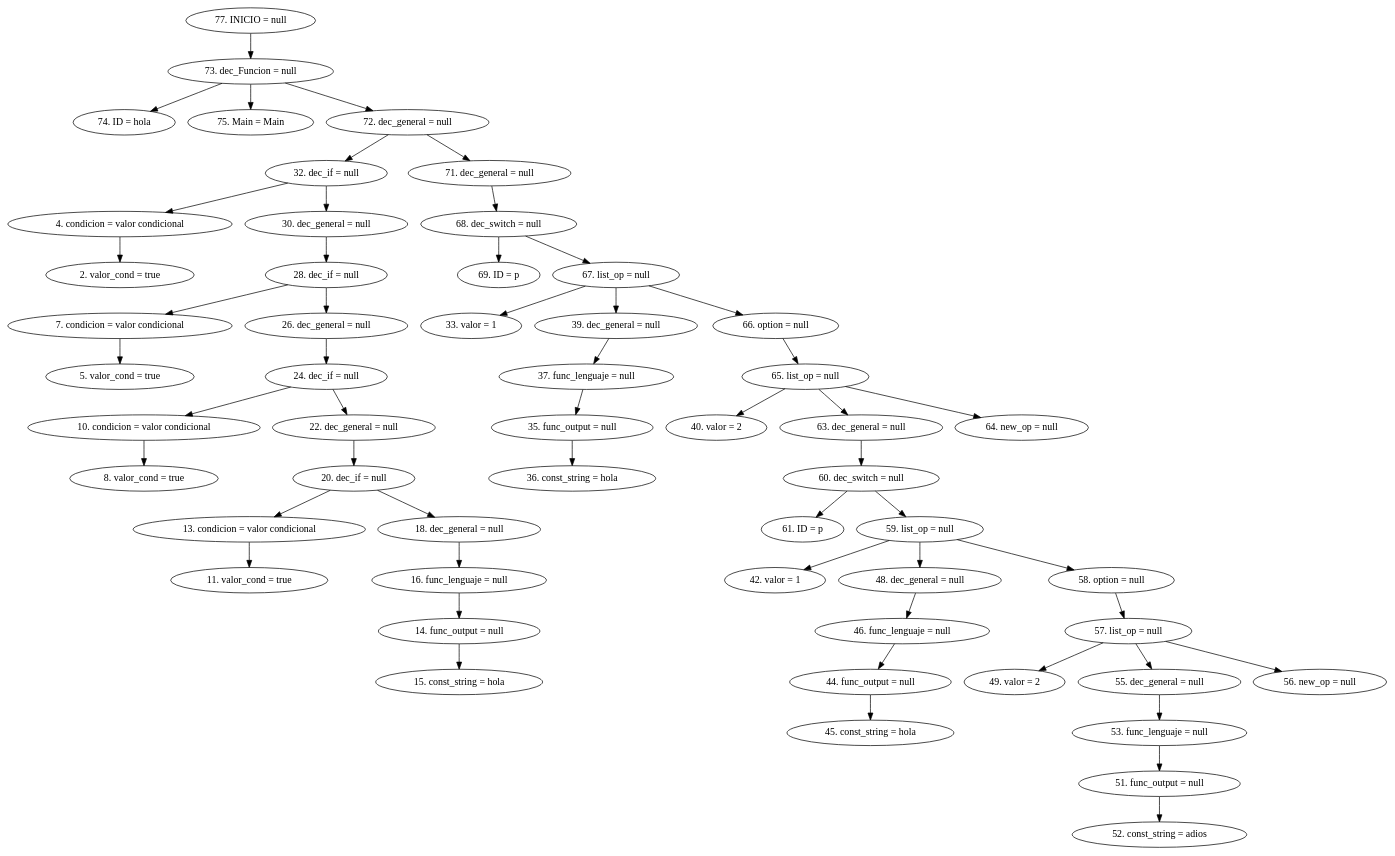
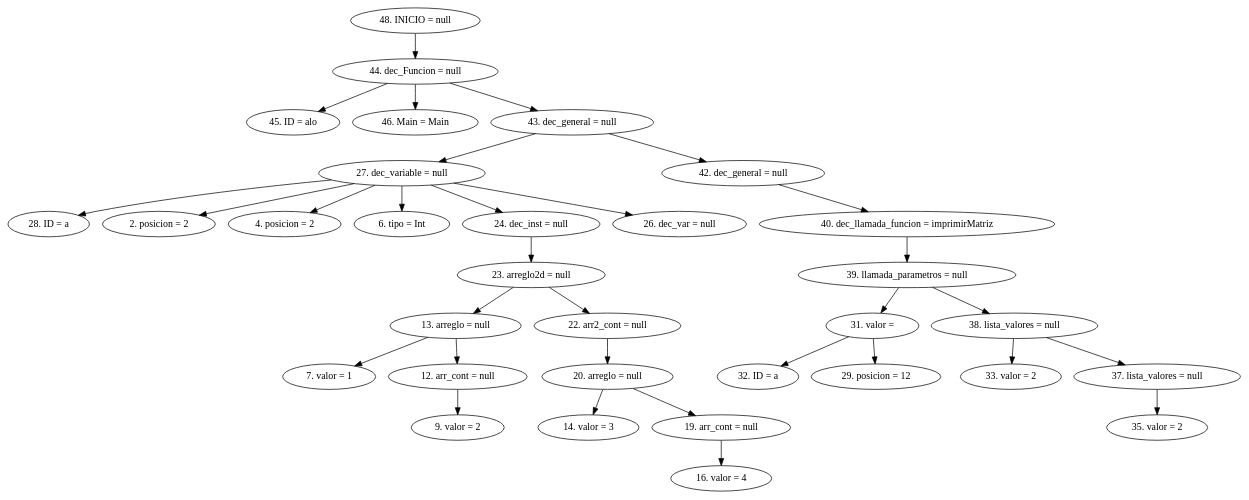
Before and after one commit to CarlosSosVos/NACHTs: the diagram in AST.dot, drawn with Graphviz. The commit also changed 8 other files, not shown here.

```diff
--- a/AST.dot
+++ b/AST.dot
@@ -1,57 +1,35 @@
 digraph G {
-"77. INICIO = null"->"73. dec_Funcion = null"
-"73. dec_Funcion = null"->"74. ID = hola"
-"73. dec_Funcion = null"->"75. Main = Main"
-"73. dec_Funcion = null"->"72. dec_general = null"
-"72. dec_general = null"->"32. dec_if = null"
-"32. dec_if = null"->"4. condicion = valor condicional"
-"4. condicion = valor condicional"->"2. valor_cond = true"
-"32. dec_if = null"->"30. dec_general = null"
-"30. dec_general = null"->"28. dec_if = null"
-"28. dec_if = null"->"7. condicion = valor condicional"
-"7. condicion = valor condicional"->"5. valor_cond = true"
-"28. dec_if = null"->"26. dec_general = null"
-"26. dec_general = null"->"24. dec_if = null"
-"24. dec_if = null"->"10. condicion = valor condicional"
-"10. condicion = valor condicional"->"8. valor_cond = true"
-"24. dec_if = null"->"22. dec_general = null"
-"22. dec_general = null"->"20. dec_if = null"
-"20. dec_if = null"->"13. condicion = valor condicional"
-"13. condicion = valor condicional"->"11. valor_cond = true"
-"20. dec_if = null"->"18. dec_general = null"
-"18. dec_general = null"->"16. func_lenguaje = null"
-"16. func_lenguaje = null"->"14. func_output = null"
-"14. func_output = null"->"15. const_string = hola"
-"72. dec_general = null"->"71. dec_general = null"
-"71. dec_general = null"->"68. dec_switch = null"
-"68. dec_switch = null"->"69. ID = p"
-"68. dec_switch = null"->"67. list_op = null"
-"67. list_op = null"->"33. valor = 1"
-"67. list_op = null"->"39. dec_general = null"
-"39. dec_general = null"->"37. func_lenguaje = null"
-"37. func_lenguaje = null"->"35. func_output = null"
-"35. func_output = null"->"36. const_string = hola"
-"67. list_op = null"->"66. option = null"
-"66. option = null"->"65. list_op = null"
-"65. list_op = null"->"40. valor = 2"
-"65. list_op = null"->"63. dec_general = null"
-"63. dec_general = null"->"60. dec_switch = null"
-"60. dec_switch = null"->"61. ID = p"
-"60. dec_switch = null"->"59. list_op = null"
-"59. list_op = null"->"42. valor = 1"
-"59. list_op = null"->"48. dec_general = null"
-"48. dec_general = null"->"46. func_lenguaje = null"
-"46. func_lenguaje = null"->"44. func_output = null"
-"44. func_output = null"->"45. const_string = hola"
-"59. list_op = null"->"58. option = null"
-"58. option = null"->"57. list_op = null"
-"57. list_op = null"->"49. valor = 2"
-"57. list_op = null"->"55. dec_general = null"
-"55. dec_general = null"->"53. func_lenguaje = null"
-"53. func_lenguaje = null"->"51. func_output = null"
-"51. func_output = null"->"52. const_string = adios"
-"57. list_op = null"->"56. new_op = null"
-"65. list_op = null"->"64. new_op = null"
+"48. INICIO = null"->"44. dec_Funcion = null"
+"44. dec_Funcion = null"->"45. ID = alo"
+"44. dec_Funcion = null"->"46. Main = Main"
+"44. dec_Funcion = null"->"43. dec_general = null"
+"43. dec_general = null"->"27. dec_variable = null"
+"27. dec_variable = null"->"28. ID = a"
+"27. dec_variable = null"->"2. posicion = 2"
+"27. dec_variable = null"->"4. posicion = 2"
+"27. dec_variable = null"->"6. tipo = Int"
+"27. dec_variable = null"->"24. dec_inst = null"
+"24. dec_inst = null"->"23. arreglo2d = null"
+"23. arreglo2d = null"->"13. arreglo = null"
+"13. arreglo = null"->"7. valor = 1"
+"13. arreglo = null"->"12. arr_cont = null"
+"12. arr_cont = null"->"9. valor = 2"
+"23. arreglo2d = null"->"22. arr2_cont = null"
+"22. arr2_cont = null"->"20. arreglo = null"
+"20. arreglo = null"->"14. valor = 3"
+"20. arreglo = null"->"19. arr_cont = null"
+"19. arr_cont = null"->"16. valor = 4"
+"27. dec_variable = null"->"26. dec_var = null"
+"43. dec_general = null"->"42. dec_general = null"
+"42. dec_general = null"->"40. dec_llamada_funcion = imprimirMatriz"
+"40. dec_llamada_funcion = imprimirMatriz"->"39. llamada_parametros = null"
+"39. llamada_parametros = null"->"31. valor = "
+"31. valor = "->"32. ID = a"
+"31. valor = "->"29. posicion = 12"
+"39. llamada_parametros = null"->"38. lista_valores = null"
+"38. lista_valores = null"->"33. valor = 2"
+"38. lista_valores = null"->"37. lista_valores = null"
+"37. lista_valores = null"->"35. valor = 2"
 
 
 }
```
